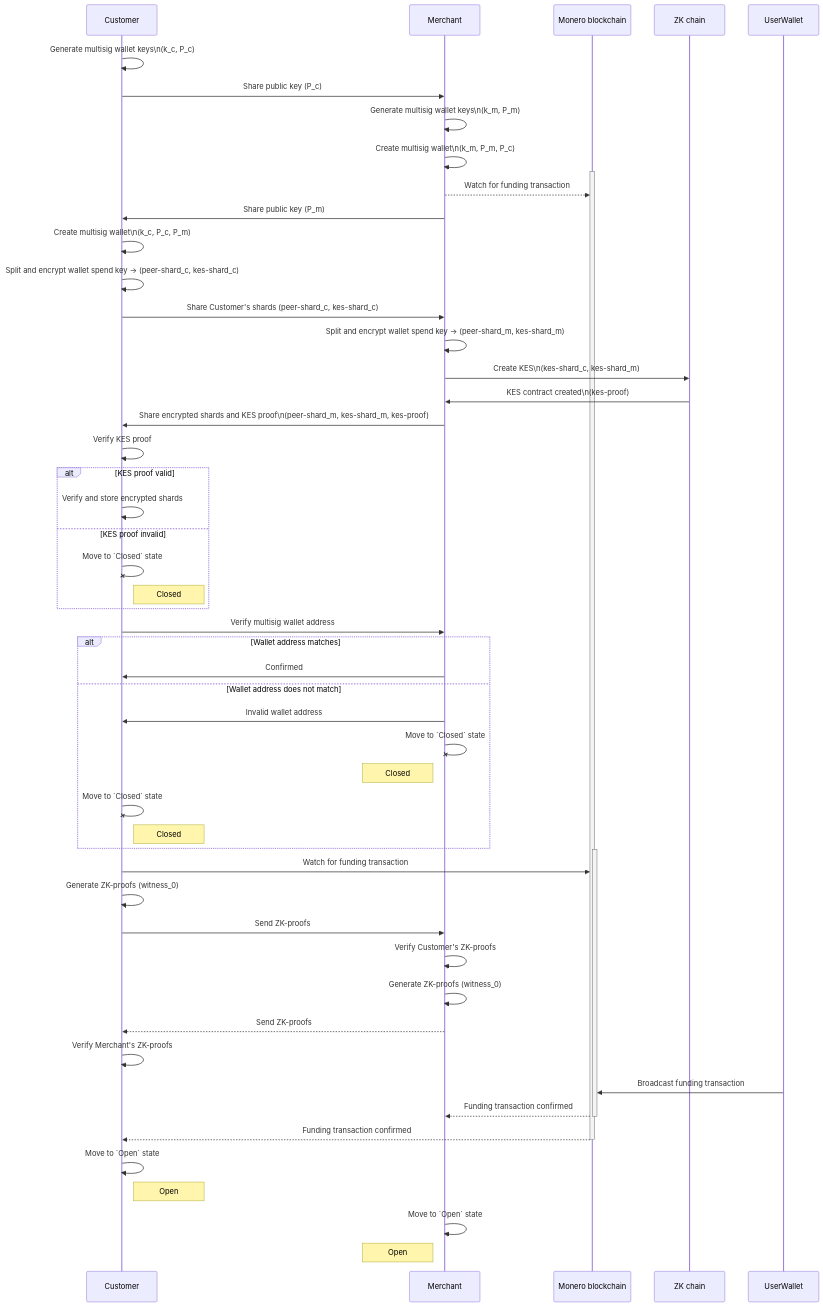
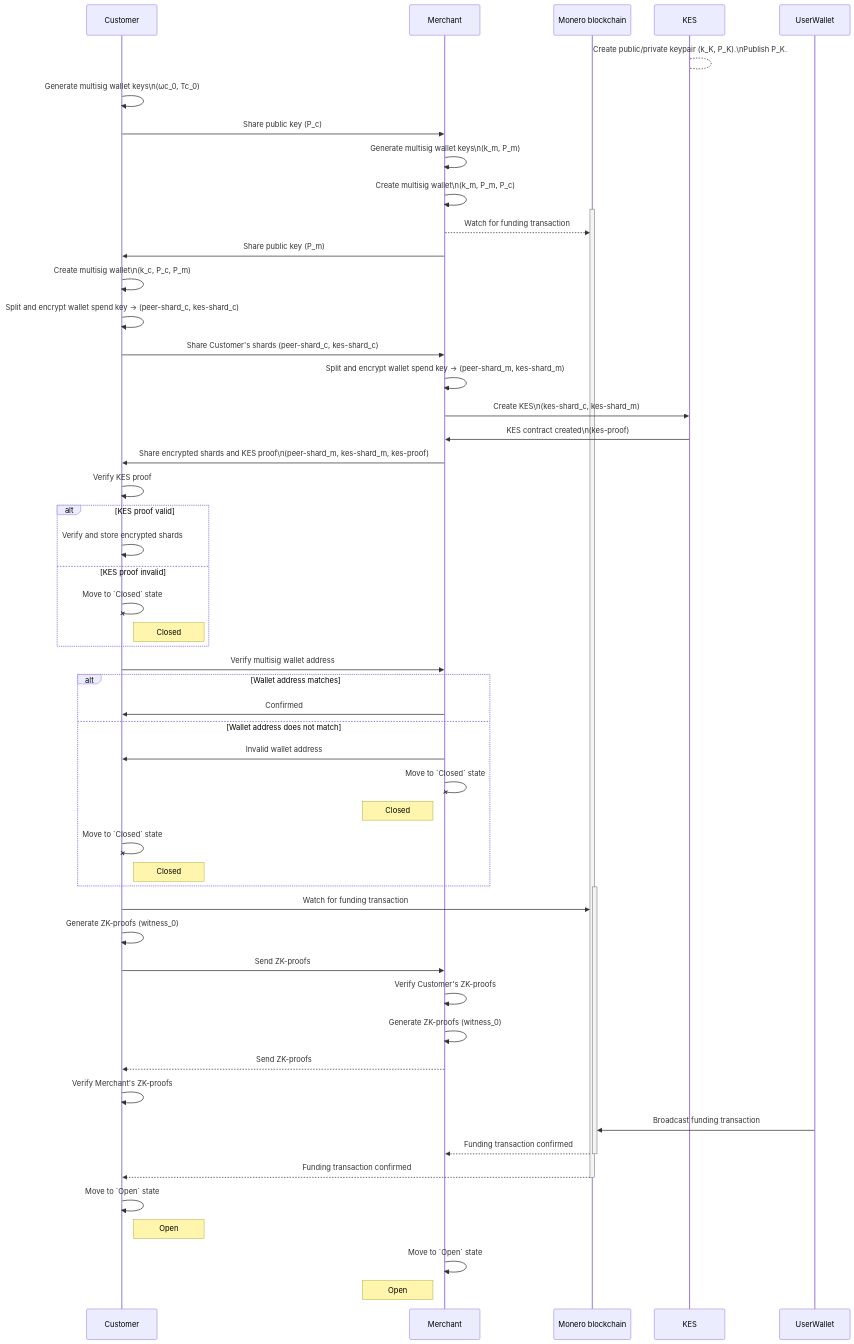
The diagram in docs/diagrams/establish_channel_sequence.md (grease-xmr/grease), drawn with Mermaid before and after one commit. The commit also changed 26 other files, not shown here.

````diff
--- a/docs/diagrams/establish_channel_sequence.md
+++ b/docs/diagrams/establish_channel_sequence.md
@@ -1,62 +1,62 @@
 ```mermaid
 sequenceDiagram
     participant C as Customer
     participant M as Merchant
     participant L1 as Monero blockchain
-    participant L2 as ZK chain
+    participant KES as KES
 
- 
-    C->>C: Generate multisig wallet keys\n(k_c, P_c)
+    KES-->KES: Create public/private keypair (k_K, P_K).\nPublish P_K.
+    C->>C: Generate multisig wallet keys\n(ωc_0, Tc_0)
     C->>M: Share public key (P_c)
     M->>M: Generate multisig wallet keys\n(k_m, P_m)
     M->>M: Create multisig wallet\n(k_m, P_m, P_c)
     activate L1
     M-->>L1: Watch for funding transaction
     M->>C: Share public key (P_m)
     C->>C: Create multisig wallet\n(k_c, P_c, P_m)
     C->>C: Split and encrypt wallet spend key -> (peer-shard_c, kes-shard_c)
     C->>M: Share Customer's shards (peer-shard_c, kes-shard_c)
     M->>M: Split and encrypt wallet spend key -> (peer-shard_m, kes-shard_m)
-    M->>L2: Create KES\n(kes-shard_c, kes-shard_m)
-    L2->>M: KES contract created\n(kes-proof)
+    M->>KES: Create KES\n(kes-shard_c, kes-shard_m)
+    KES->>M: KES contract created\n(kes-proof)
     M->>C: Share encrypted shards and KES proof\n(peer-shard_m, kes-shard_m, kes-proof)
     C->>C: Verify KES proof
     alt KES proof valid
         C->>C: Verify and store encrypted shards
     else KES proof invalid
         C-xC: Move to `Closed` state
         note right of C: Closed
     end
     C->>M: Verify multisig wallet address
     alt Wallet address matches
         M->>C: Confirmed
     else Wallet address does not match
         M->>C: Invalid wallet address
         M-xM: Move to `Closed` state
         note left of M: Closed
         C-xC: Move to `Closed` state
         note right of C: Closed
     end
     activate L1
     C->>L1: Watch for funding transaction
 
     C->>C: Generate ZK-proofs (witness_0)
     C->>M: Send ZK-proofs
     M->>M: Verify Customer's ZK-proofs
     M->>M: Generate ZK-proofs (witness_0)
     M-->>C: Send ZK-proofs
     C->>C: Verify Merchant's ZK-proofs
     
     
     UserWallet->>L1: Broadcast funding transaction
     L1-->>M: Funding transaction confirmed
     deactivate L1
     L1-->>C: Funding transaction confirmed
     deactivate L1
     C->>C: Move to `Open` state
     note right of C: Open
     M->>M: Move to `Open` state
     note left of M: Open
     
     
 ```
````
